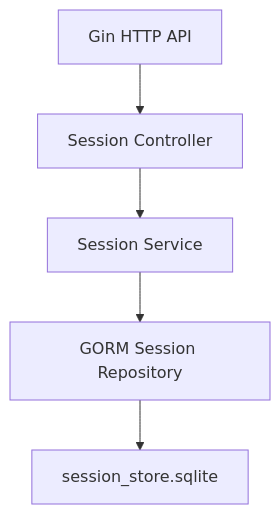
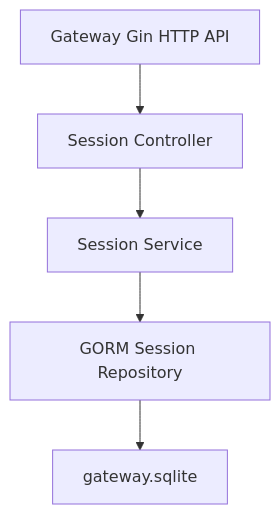
Before and after one commit to issueye/icoo_claw: the fourth of 5 diagrams in docs/ai-agent-platform/02-architecture.md, drawn with Mermaid. The commit also changed other lines of this file and 63 other files, not shown here.

````diff
--- a/docs/ai-agent-platform/02-architecture.md
+++ b/docs/ai-agent-platform/02-architecture.md
@@ -140,7 +127,7 @@
 ```mermaid
 flowchart TB
-  Gin["Gin HTTP API"] --> SessionController["Session Controller"]
+  Gin["Gateway Gin HTTP API"] --> SessionController["Session Controller"]
   SessionController --> SessionService["Session Service"]
   SessionService --> GormRepo["GORM Session Repository"]
-  GormRepo --> SQLite["session_store.sqlite"]
+  GormRepo --> SQLite["gateway.sqlite"]
 ```
````
